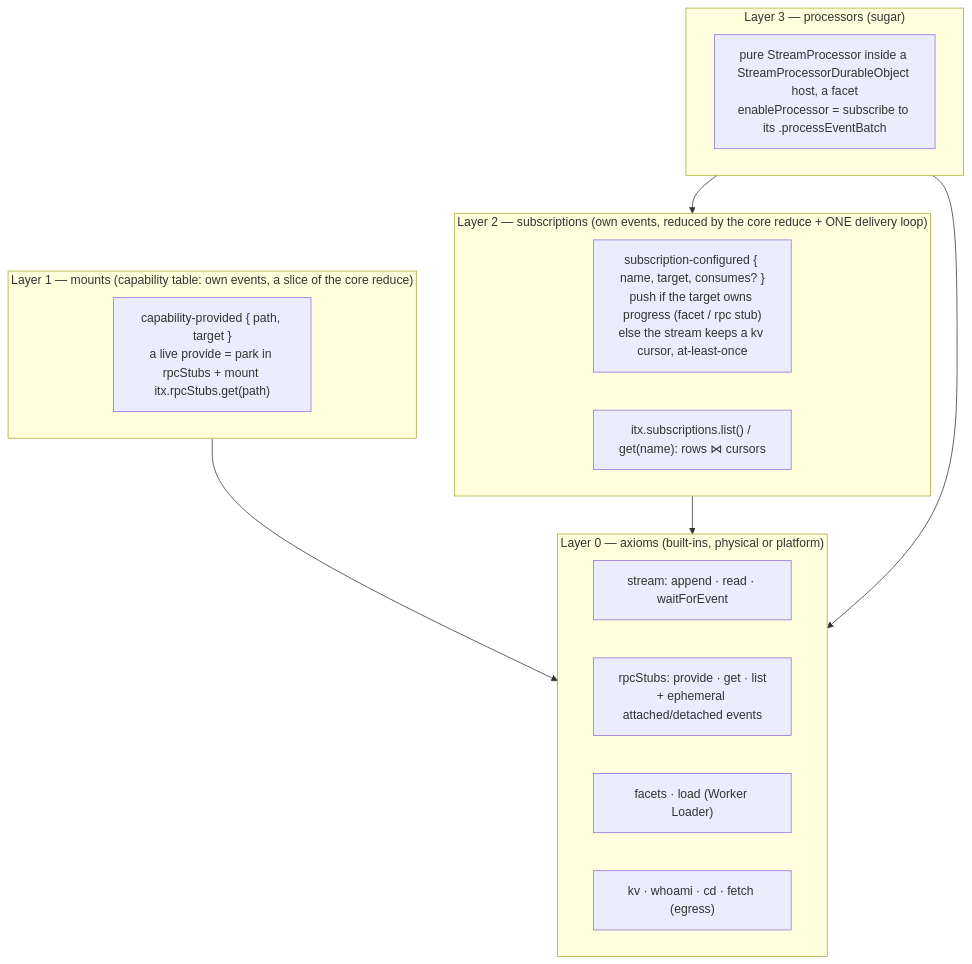
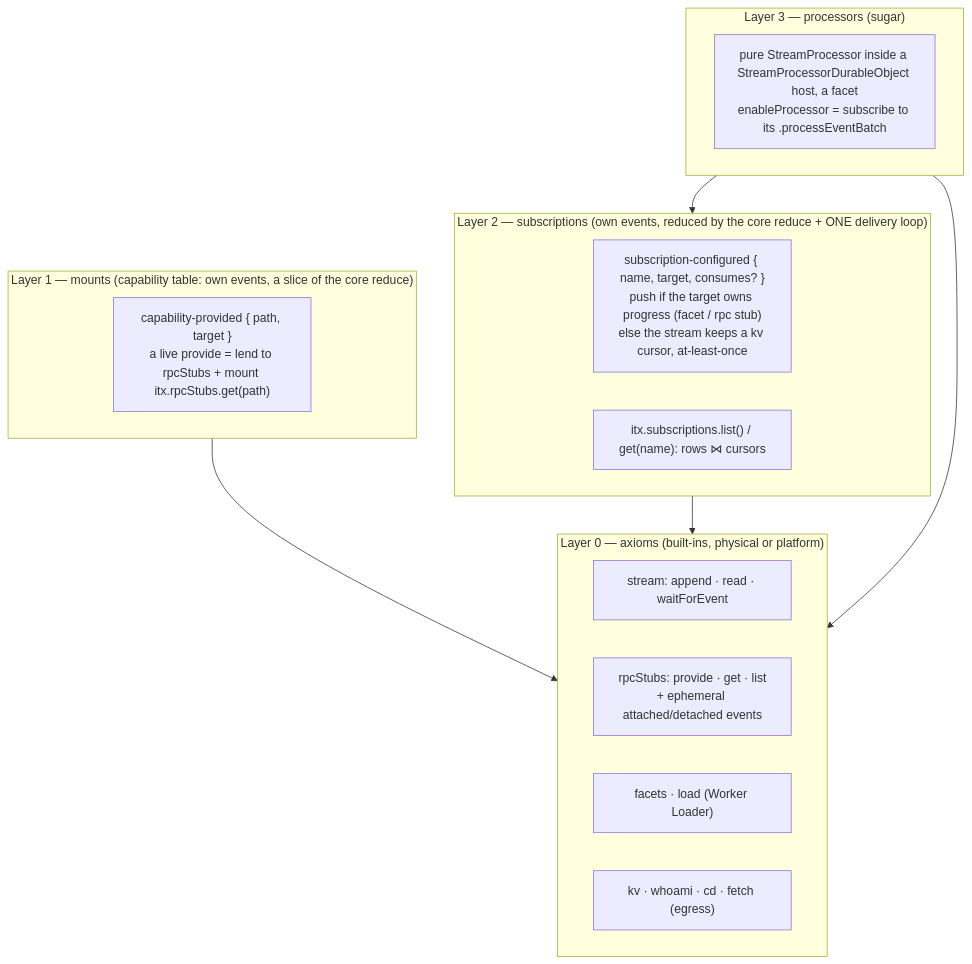
Before and after one commit to iterate/iterate: the diagram in packages/v3/project-worker/docs/design-onion-subscriptions-processors.md, drawn with Mermaid. The commit also changed other lines of this file and 38 other files, not shown here.

````diff
--- a/packages/v3/project-worker/docs/design-onion-subscriptions-processors.md
+++ b/packages/v3/project-worker/docs/design-onion-subscriptions-processors.md
@@ -37,23 +37,23 @@
 ```mermaid
 flowchart TB
   subgraph L0["Layer 0 — axioms (built-ins, physical or platform)"]
     stream["stream: append · read · waitForEvent"]
     stubs["rpcStubs: provide · get · list<br/>+ ephemeral attached/detached events"]
     facets["facets · load (Worker Loader)"]
     misc["kv · whoami · cd · fetch (egress)"]
   end
   subgraph L1["Layer 1 — mounts (capability table: own events, a slice of the core reduce)"]
-    mount["capability-provided { path, target }<br/>a live provide = park in rpcStubs + mount itx.rpcStubs.get(path)"]
+    mount["capability-provided { path, target }<br/>a live provide = lend to rpcStubs + mount itx.rpcStubs.get(path)"]
   end
   subgraph L2["Layer 2 — subscriptions (own events, reduced by the core reduce + ONE delivery loop)"]
     sub["subscription-configured { name, target, consumes? }<br/>push if the target owns progress (facet / rpc stub)<br/>else the stream keeps a kv cursor, at-least-once"]
     view["itx.subscriptions.list() / get(name): rows ⋈ cursors"]
   end
   subgraph L3["Layer 3 — processors (sugar)"]
     proc["pure StreamProcessor inside a StreamProcessorDurableObject host, a facet<br/>enableProcessor = subscribe to its .processEventBatch"]
   end
   L1 --> L0
   L2 --> L0
   L3 --> L2
   L3 --> L0
 ```
````
